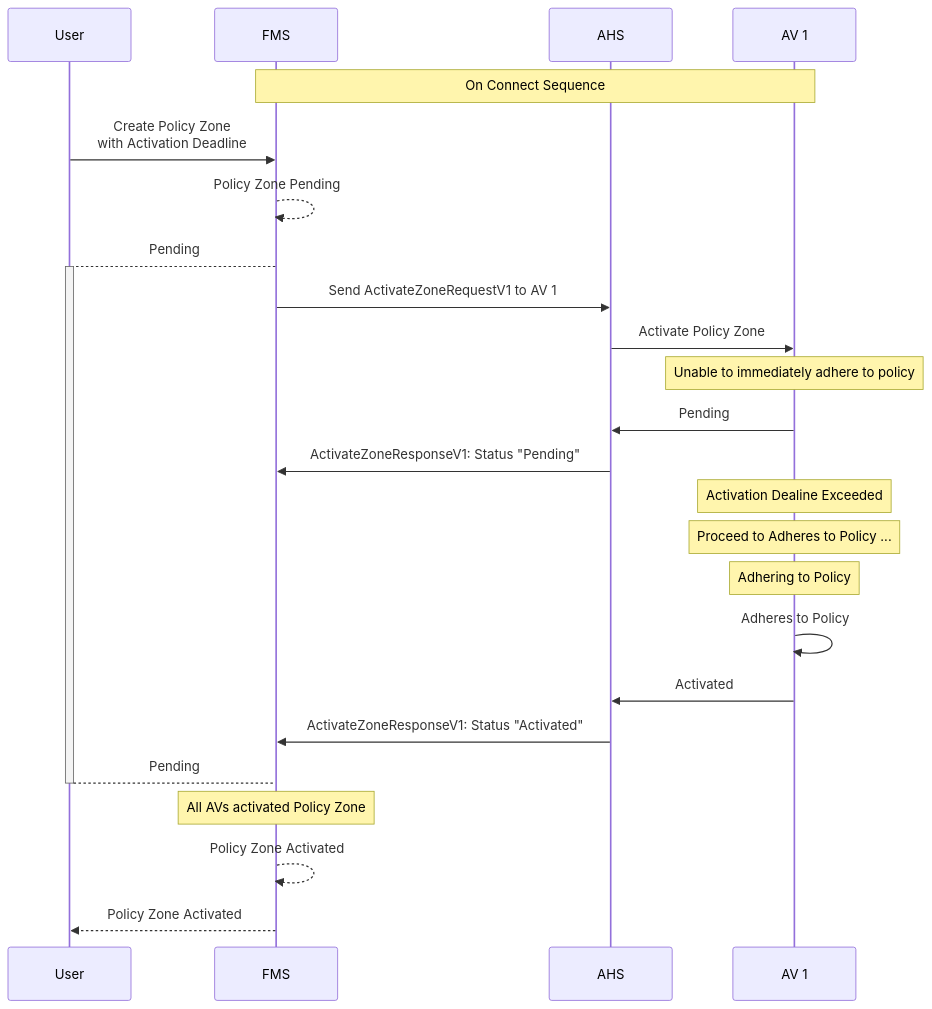
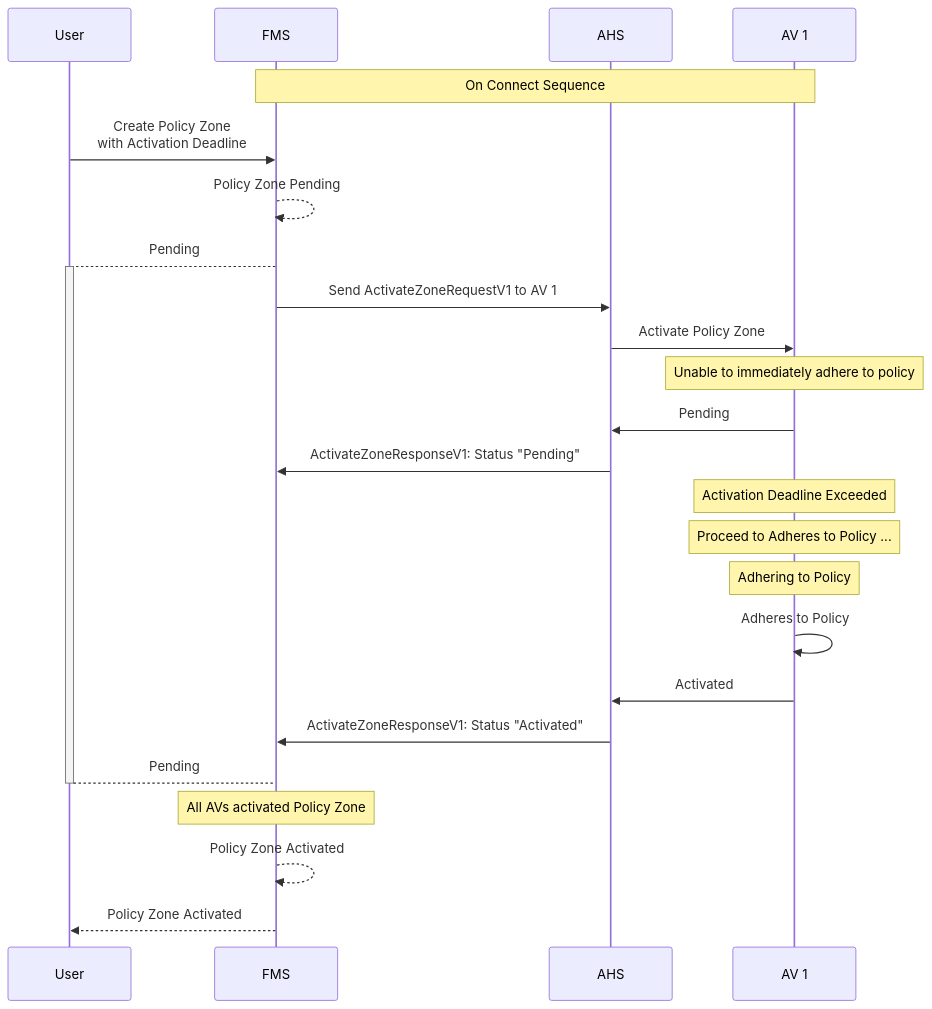
The second of 3 diagrams in diagram/PolicyZoneActivation.md (open-autonomy/zone), drawn with Mermaid before and after one commit.

````diff
--- a/diagram/PolicyZoneActivation.md
+++ b/diagram/PolicyZoneActivation.md
@@ -58,30 +58,30 @@
 ```mermaid
 sequenceDiagram
     participant User
     participant FMS
     participant AHS
     participant AV 1
 
     Note over FMS,AV 1: On Connect Sequence
     User->>FMS: Create Policy Zone <br/> with Activation Deadline
     FMS-->>FMS: Policy Zone Pending
     FMS-->+User: Pending
     FMS->>AHS: Send ActivateZoneRequestV1 to AV 1
     AHS->>AV 1: Activate Policy Zone
 
     Note Over AV 1: Unable to immediately adhere to policy
     AV 1->>AHS: Pending
     AHS->>FMS: ActivateZoneResponseV1: Status "Pending"
 
-    Note Over AV 1: Activation Dealine Exceeded
+    Note Over AV 1: Activation Deadline Exceeded
     Note Over AV 1: Proceed to Adheres to Policy ...
     Note Over AV 1: Adhering to Policy
     AV 1->>AV 1: Adheres to Policy
     AV 1->>AHS: Activated
 
     AHS->>FMS: ActivateZoneResponseV1: Status "Activated"
     User-->-FMS: Pending
     Note Over FMS: All AVs activated Policy Zone
     FMS-->>FMS: Policy Zone Activated
     FMS-->>User: Policy Zone Activated
 ```
````
